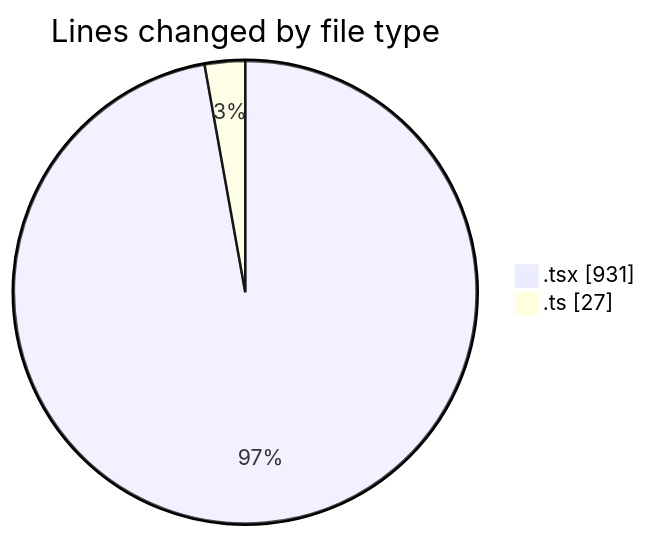
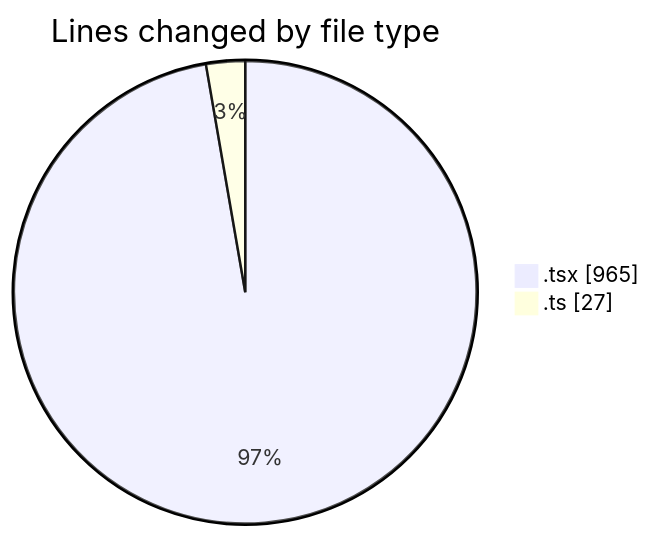
Before and after one commit to momahboobian/code-tracking: the first of 2 diagrams in 2025-02-11/cda/README.md, drawn with Mermaid. The commit also changed other lines of this file and 1 other file, not shown here.

````diff
--- a/2025-02-11/cda/README.md
+++ b/2025-02-11/cda/README.md
@@ -21,6 +21,6 @@
 ```mermaid
 pie showData
 title Lines changed by file type
-".tsx" : 931
+".tsx" : 965
 ".ts" : 27
 ```
````
